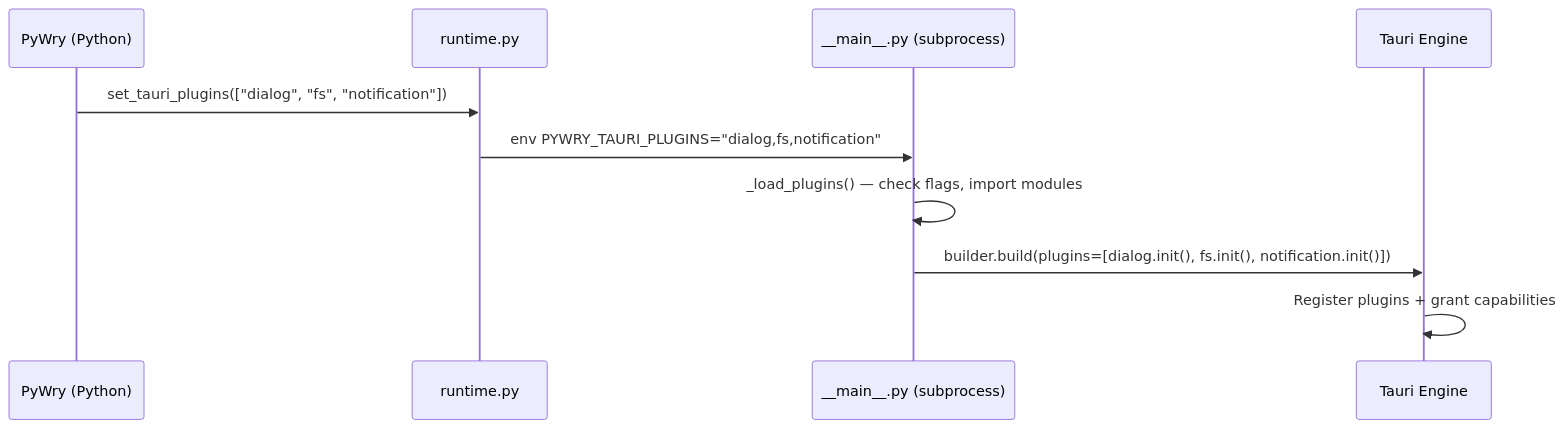
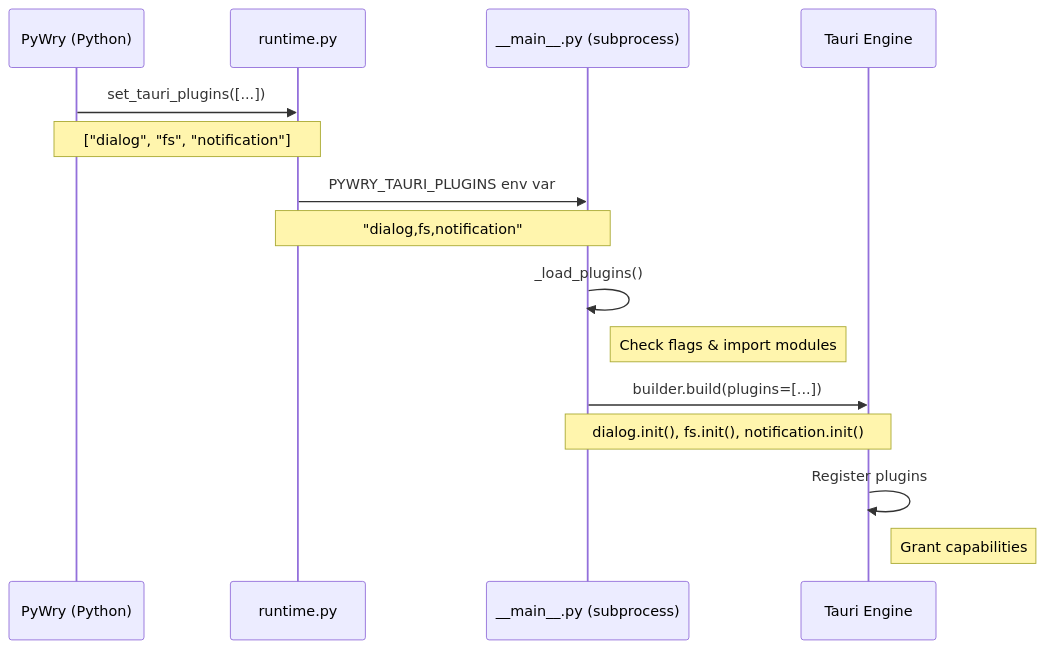
Before and after one commit to deeleeramone/PyWry: the diagram in pywry/docs/docs/guides/tauri-plugins.md, drawn with Mermaid.

Commit message:
fix mermaid diagram

````diff
--- a/pywry/docs/docs/guides/tauri-plugins.md
+++ b/pywry/docs/docs/guides/tauri-plugins.md
@@ -7,13 +7,18 @@
 ```mermaid
 sequenceDiagram
     participant App as PyWry (Python)
     participant RT as runtime.py
     participant Sub as __main__.py (subprocess)
     participant Tauri as Tauri Engine
 
-    App->>RT: set_tauri_plugins(["dialog", "fs", "notification"])
-    RT->>Sub: env PYWRY_TAURI_PLUGINS="dialog,fs,notification"
-    Sub->>Sub: _load_plugins() — check flags, import modules
-    Sub->>Tauri: builder.build(plugins=[dialog.init(), fs.init(), notification.init()])
-    Tauri->>Tauri: Register plugins + grant capabilities
+    App->>RT: set_tauri_plugins([...])
+    Note over App,RT: ["dialog", "fs", "notification"]
+    RT->>Sub: PYWRY_TAURI_PLUGINS env var
+    Note over RT,Sub: "dialog,fs,notification"
+    Sub->>Sub: _load_plugins()
+    Note right of Sub: Check flags & import modules
+    Sub->>Tauri: builder.build(plugins=[...])
+    Note over Sub,Tauri: dialog.init(), fs.init(), notification.init()
+    Tauri->>Tauri: Register plugins
+    Note right of Tauri: Grant capabilities
 ```
````
